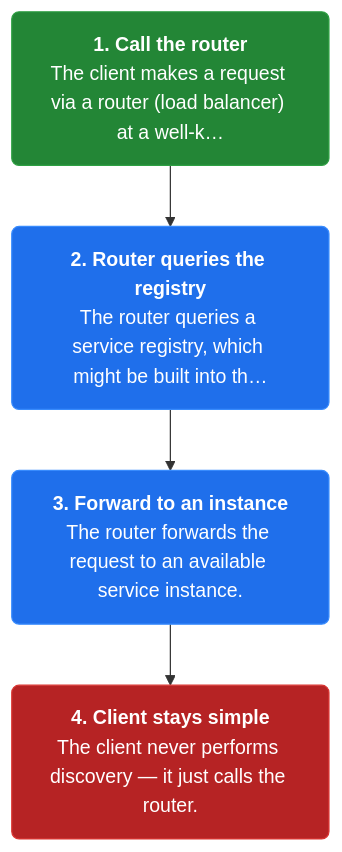
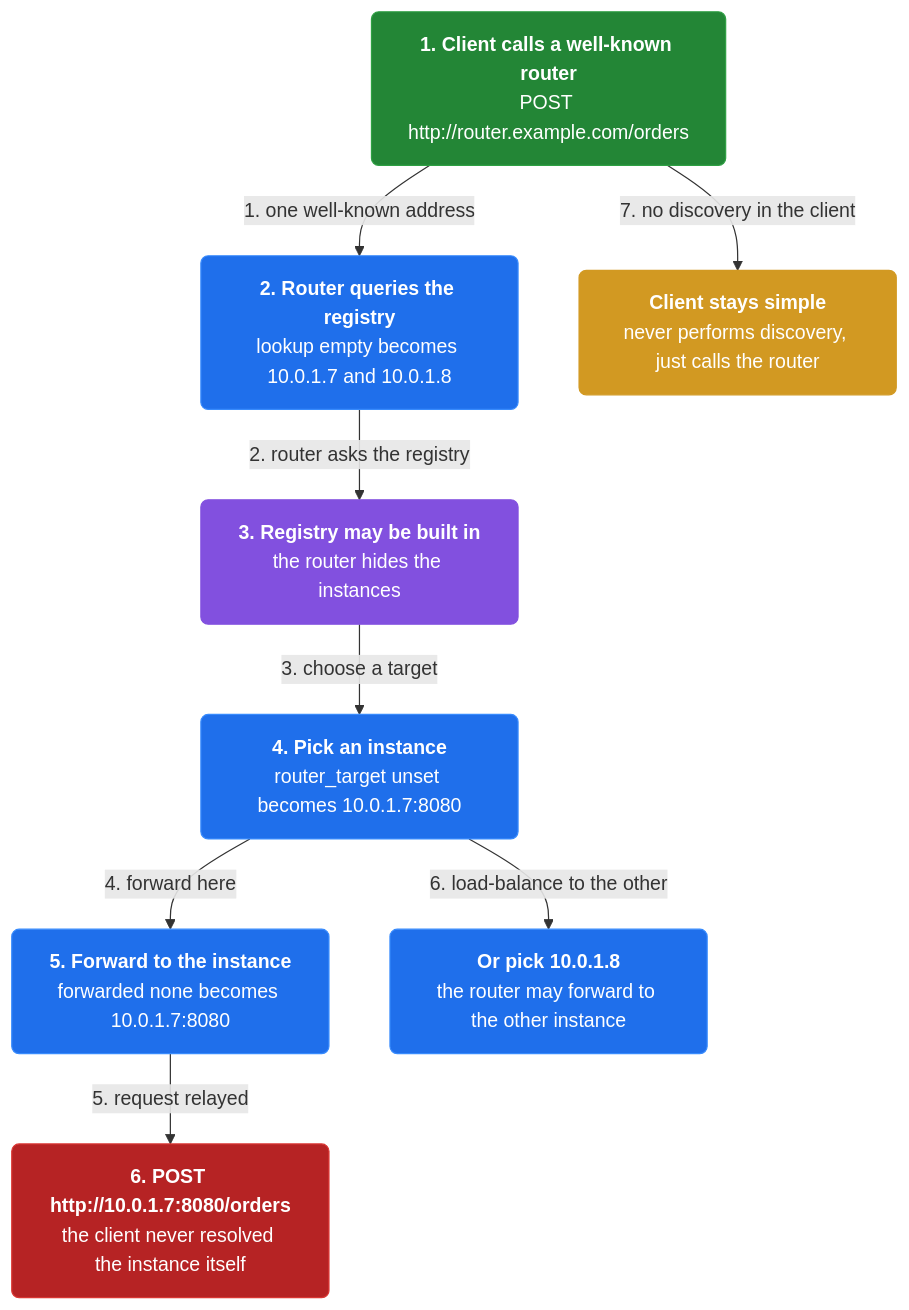
The first of 4 diagrams in docs/ch11-server-side-discovery.md (vinayakuber/microservices-io-study-guide), drawn with Mermaid before and after one commit. The commit also changed other lines of this file and 46 other files, not shown here.

First line of the commit message:
Author rich branching flow diagrams for all 44 chapters

````diff
--- a/docs/ch11-server-side-discovery.md
+++ b/docs/ch11-server-side-discovery.md
@@ -13,13 +13,23 @@
 ```mermaid
 flowchart TD
-  classDef step fill:#1f6feb,color:#ffffff,stroke:#388bfd,stroke-width:1px,rx:6
+  classDef step fill:#1f6feb,color:#ffffff,stroke:#388bfd,rx:6
+  classDef core fill:#8250df,color:#ffffff,stroke:#8250df,rx:6
+  classDef warn fill:#d29922,color:#ffffff,stroke:#d29922,rx:6
   classDef start fill:#238636,color:#ffffff,stroke:#2ea043,rx:6
   classDef stop fill:#b62324,color:#ffffff,stroke:#da3633,rx:6
-  s0n0["<b>1. Call the router</b><br/>The client makes a request via a router (load balancer) at a well-k…"]:::start
-  s0n1["<b>2. Router queries the registry</b><br/>The router queries a service registry, which might be built into th…"]:::step
-  s0n2["<b>3. Forward to an instance</b><br/>The router forwards the request to an available service instance."]:::step
-  s0n3["<b>4. Client stays simple</b><br/>The client never performs discovery — it just calls the router."]:::stop
-  s0n0 --> s0n1
-  s0n1 --> s0n2
-  s0n2 --> s0n3
+  n0["<b>1. Client calls a well-known router</b><br/>POST http://router.example.com/orders"]:::start
+  n1["<b>2. Router queries the registry</b><br/>lookup empty becomes 10.0.1.7 and 10.0.1.8"]:::step
+  n2["<b>3. Registry may be built in</b><br/>the router hides the instances"]:::core
+  n3["<b>4. Pick an instance</b><br/>router_target unset becomes 10.0.1.7:8080"]:::step
+  n4["<b>5. Forward to the instance</b><br/>forwarded none becomes 10.0.1.7:8080"]:::step
+  n5["<b>6. POST http://10.0.1.7:8080/orders</b><br/>the client never resolved the instance itself"]:::stop
+  n6["<b>Client stays simple</b><br/>never performs discovery, just calls the router"]:::warn
+  n7["<b>Or pick 10.0.1.8</b><br/>the router may forward to the other instance"]:::step
+  n0 -->|"1. one well-known address"| n1
+  n1 -->|"2. router asks the registry"| n2
+  n2 -->|"3. choose a target"| n3
+  n3 -->|"4. forward here"| n4
+  n4 -->|"5. request relayed"| n5
+  n3 -->|"6. load-balance to the other"| n7
+  n0 -->|"7. no discovery in the client"| n6
 ```
````
